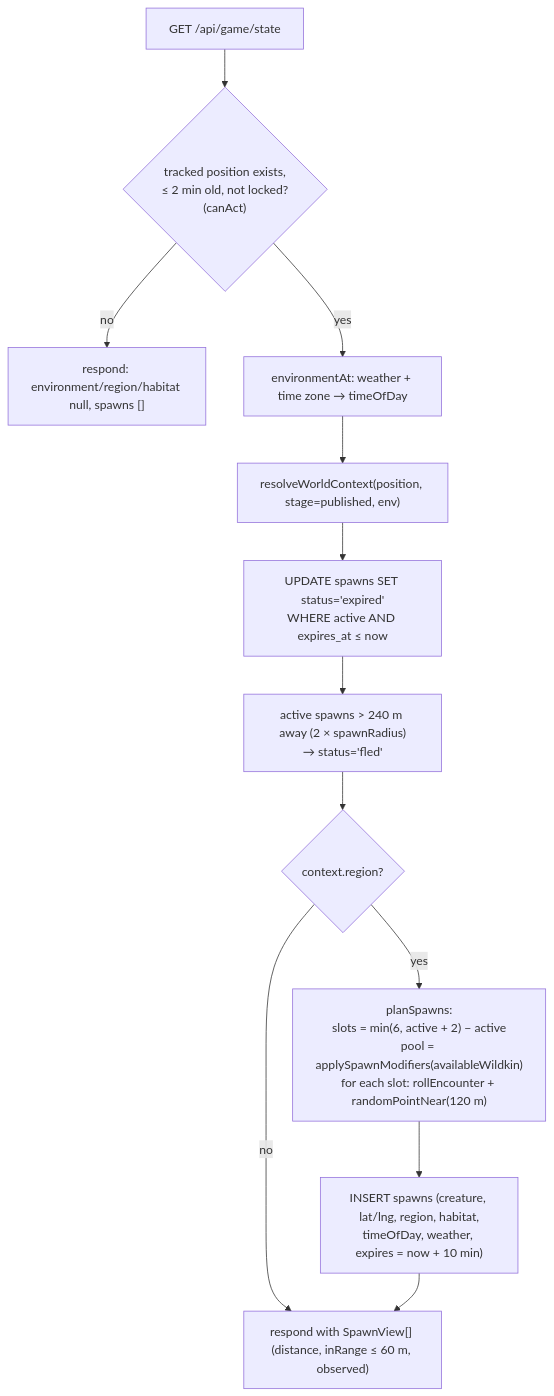
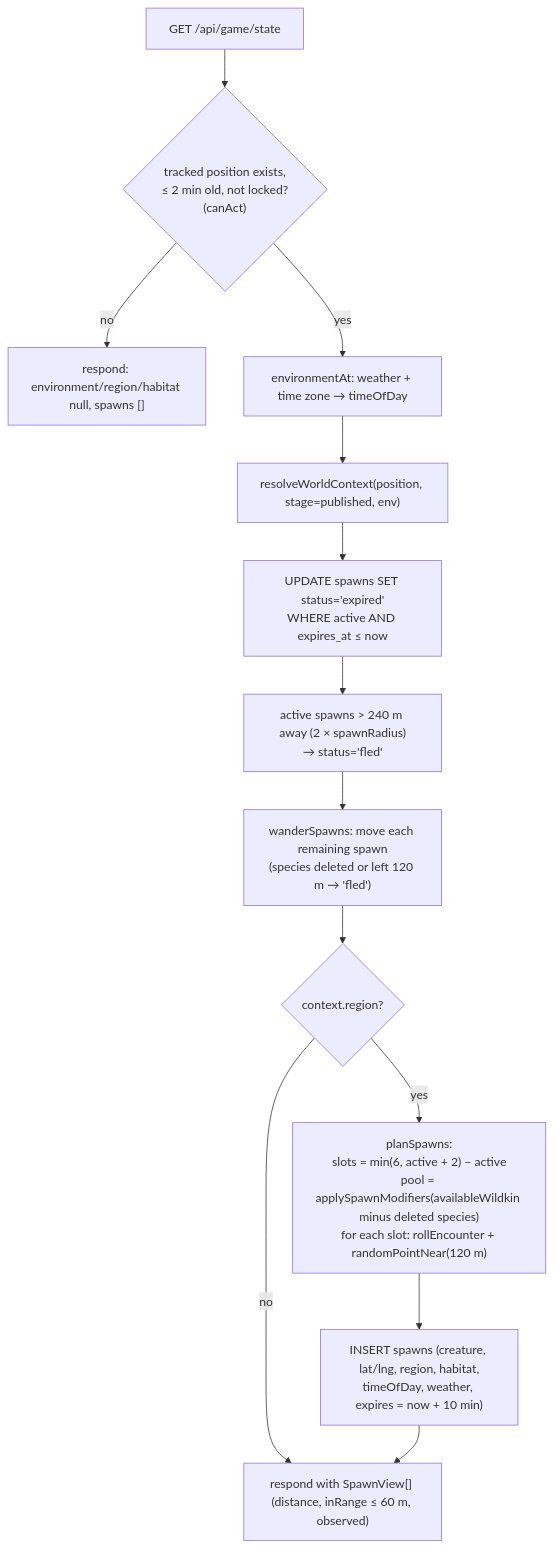
One commit to samceracas/wildbound changed the third of 8 diagrams in docs/07-game-systems.md. Above: the diagram before and after it, drawn with Mermaid. The commit also changed other lines of this file and 21 other files, not shown here.

````diff
--- a/docs/07-game-systems.md
+++ b/docs/07-game-systems.md
@@ -166,14 +167,15 @@
 ```mermaid
 flowchart TD
     start["GET /api/game/state"] --> pos{"tracked position exists,<br/>≤ 2 min old, not locked?<br/>(canAct)"}
     pos -- no --> empty["respond: environment/region/habitat null, spawns []"]
     pos -- yes --> env["environmentAt: weather + time zone → timeOfDay"]
     env --> ctx["resolveWorldContext(position, stage=published, env)"]
     ctx --> exp["UPDATE spawns SET status='expired'<br/>WHERE active AND expires_at ≤ now"]
     exp --> far["active spawns > 240 m away (2 × spawnRadius)<br/>→ status='fled'"]
-    far --> reg{"context.region?"}
+    far --> wan["wanderSpawns: move each remaining spawn<br/>(species deleted or left 120 m → 'fled')"]
+    wan --> reg{"context.region?"}
     reg -- no --> out
-    reg -- yes --> plan["planSpawns:<br/>slots = min(6, active + 2) − active<br/>pool = applySpawnModifiers(availableWildkin)<br/>for each slot: rollEncounter + randomPointNear(120 m)"]
+    reg -- yes --> plan["planSpawns:<br/>slots = min(6, active + 2) − active<br/>pool = applySpawnModifiers(availableWildkin minus deleted species)<br/>for each slot: rollEncounter + randomPointNear(120 m)"]
     plan --> ins["INSERT spawns (creature, lat/lng, region, habitat,<br/>timeOfDay, weather, expires = now + 10 min)"]
     ins --> out["respond with SpawnView[] (distance, inRange ≤ 60 m, observed)"]
 ```
````
